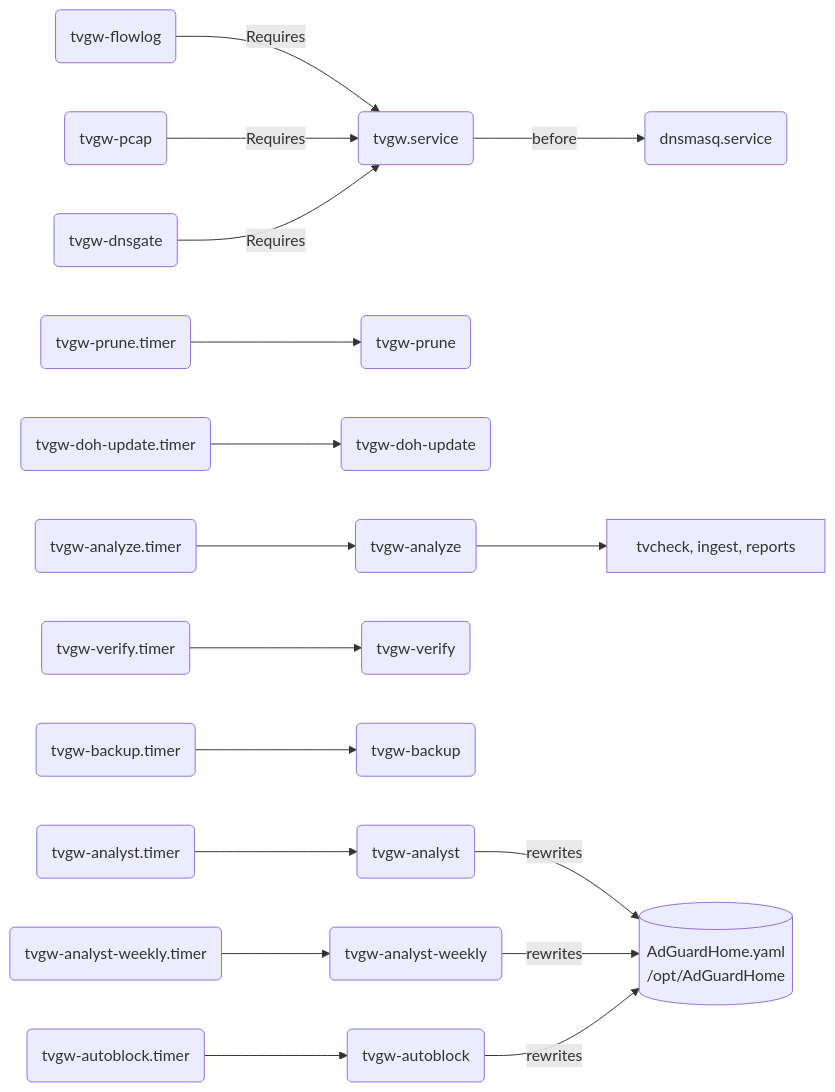
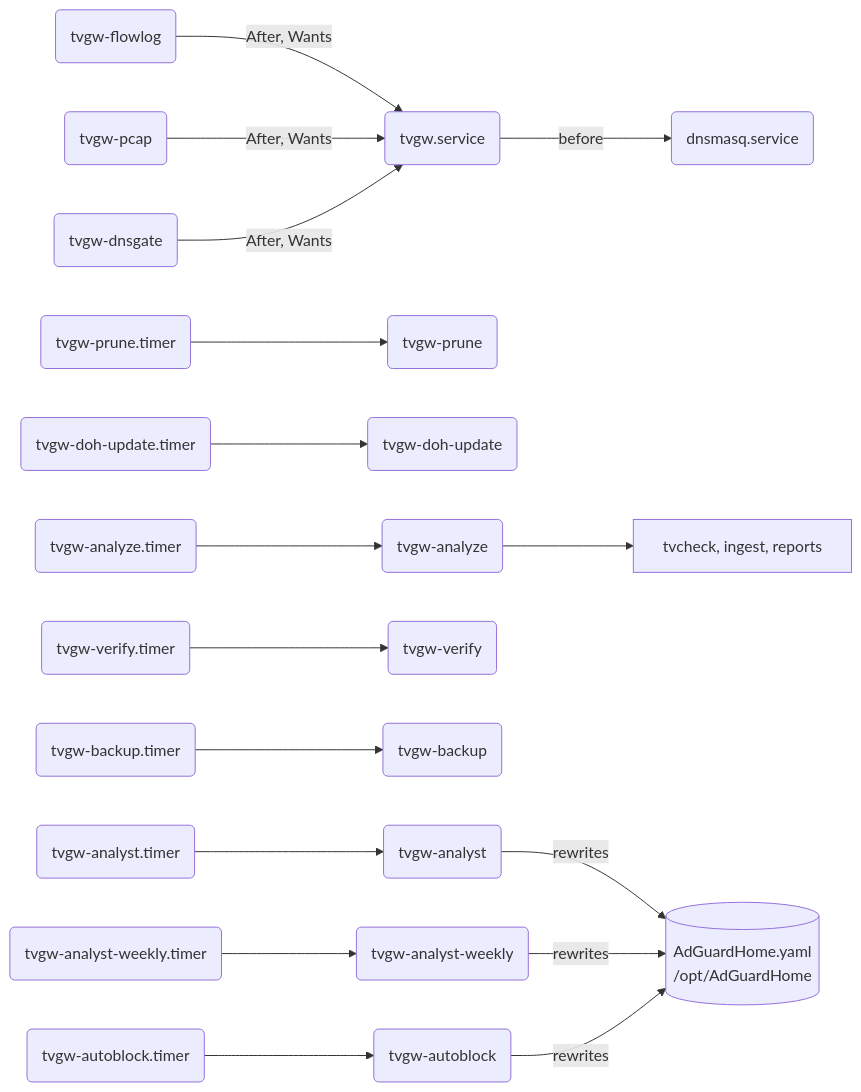
The diagram in deploy/systemd/README.md (kywwilson11/tvgw), drawn with Mermaid before and after one commit. The commit also changed other lines of this file, not shown here.

First line of the commit message:
deploy/systemd/README: Wants=, the unit stamps and each unit's real sandbox

````diff
--- a/deploy/systemd/README.md
+++ b/deploy/systemd/README.md
@@ -40,19 +41,19 @@
 ```mermaid
 flowchart LR
   fw("tvgw.service") -->|before| dnsmasq("dnsmasq.service")
-  flowlog("tvgw-flowlog") -->|Requires| fw
-  pcap("tvgw-pcap") -->|Requires| fw
-  dnsgate("tvgw-dnsgate") -->|Requires| fw
+  flowlog("tvgw-flowlog") -->|"After, Wants"| fw
+  pcap("tvgw-pcap") -->|"After, Wants"| fw
+  dnsgate("tvgw-dnsgate") -->|"After, Wants"| fw
   tPrune("tvgw-prune.timer") --> prune("tvgw-prune")
   tDoh("tvgw-doh-update.timer") --> doh("tvgw-doh-update")
   tAnalyze("tvgw-analyze.timer") --> analyze("tvgw-analyze")
   tVerify("tvgw-verify.timer") --> verify("tvgw-verify")
   tBackup("tvgw-backup.timer") --> backup("tvgw-backup")
   tAnalyst("tvgw-analyst.timer") --> analyst("tvgw-analyst")
   tWeekly("tvgw-analyst-weekly.timer") --> weekly("tvgw-analyst-weekly")
   tAuto("tvgw-autoblock.timer") --> autoblock("tvgw-autoblock")
   analyze --> steps["tvcheck, ingest, reports"]
   analyst -->|rewrites| adg[("AdGuardHome.yaml<br/>/opt/AdGuardHome")]
   weekly -->|rewrites| adg
   autoblock -->|rewrites| adg
 ```
````
